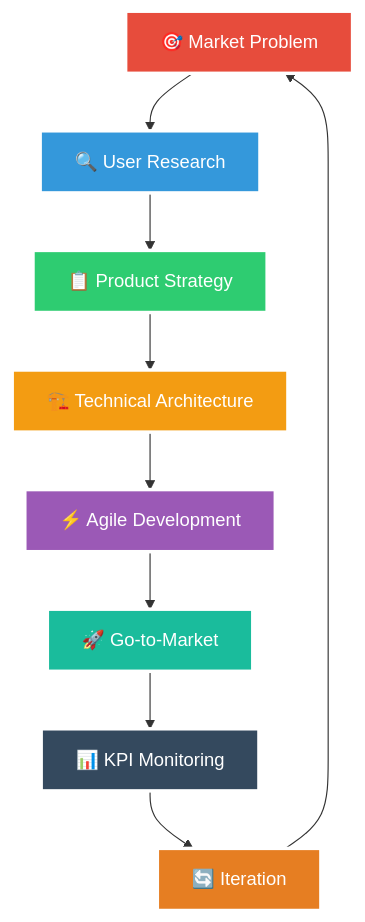
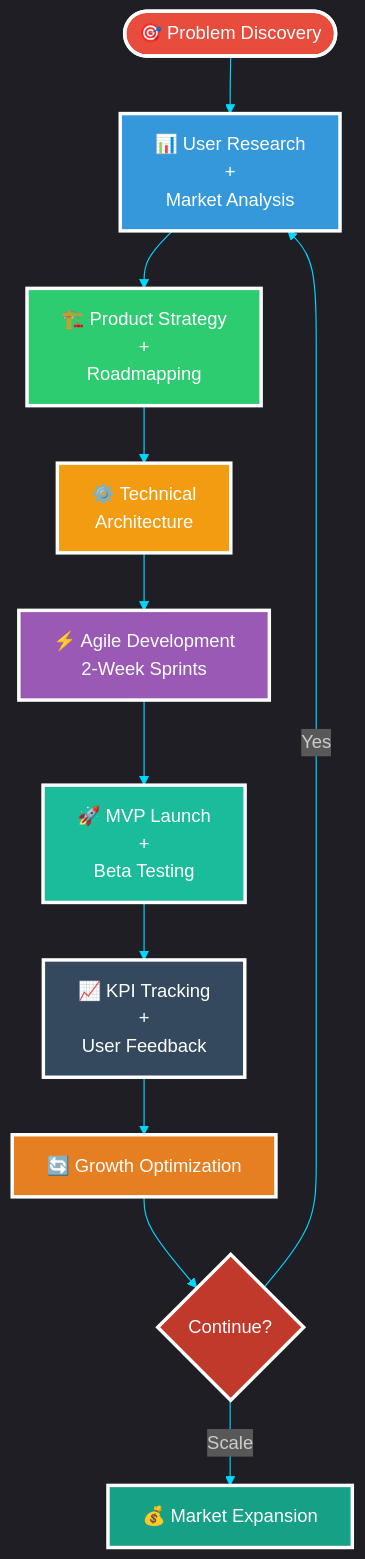
One commit to VIKAS9793/VIKAS9793 changed the sixth of 11 diagrams in README.md. Above: the diagram before and after it, drawn with Mermaid. The commit also changed other lines of this file, not shown here.

````diff
--- a/README.md
+++ b/README.md
@@ -238,20 +406,25 @@
 ```mermaid
-graph TD
-    A[🎯 Market Problem] --> B[🔍 User Research]
-    B --> C[📋 Product Strategy]
-    C --> D[🏗️ Technical Architecture]
-    D --> E[⚡ Agile Development]
-    E --> F[🚀 Go-to-Market]
-    F --> G[📊 KPI Monitoring]
-    G --> H[🔄 Iteration]
-    H --> A
+%%{init: {'theme':'dark', 'themeVariables': {'primaryColor':'#2ecc71','secondaryColor':'#3498db','tertiaryColor':'#e74c3c','primaryTextColor':'#fff','secondaryTextColor':'#fff','tertiaryTextColor':'#fff','lineColor':'#00D9FF','fontSize':'16px'}}}%%
+flowchart TB
+    Start([🎯 Problem Discovery]) --> Research[📊 User Research<br/>+<br/>Market Analysis]
+    Research --> Strategy[🏗️ Product Strategy<br/>+<br/>Roadmapping]
+    Strategy --> Tech[⚙️ Technical<br/>Architecture]
+    Tech --> Sprint[⚡ Agile Development<br/>2-Week Sprints]
+    Sprint --> MVP[🚀 MVP Launch<br/>+<br/>Beta Testing]
+    MVP --> Metrics[📈 KPI Tracking<br/>+<br/>User Feedback]
+    Metrics --> Optimize[🔄 Growth Optimization]
+    Optimize --> Iterate{Continue?}
+    Iterate -->|Yes| Research
+    Iterate -->|Scale| Scale[💰 Market Expansion]
     
-    style A fill:#e74c3c,stroke:#fff,stroke-width:3px,color:#fff
-    style B fill:#3498db,stroke:#fff,stroke-width:3px,color:#fff
-    style C fill:#2ecc71,stroke:#fff,stroke-width:3px,color:#fff
-    style D fill:#f39c12,stroke:#fff,stroke-width:3px,color:#fff
-    style E fill:#9b59b6,stroke:#fff,stroke-width:3px,color:#fff
-    style F fill:#1abc9c,stroke:#fff,stroke-width:3px,color:#fff
-    style G fill:#34495e,stroke:#fff,stroke-width:3px,color:#fff
-    style H fill:#e67e22,stroke:#fff,stroke-width:3px,color:#fff
+    style Start fill:#e74c3c,stroke:#fff,stroke-width:3px,color:#fff
+    style Research fill:#3498db,stroke:#fff,stroke-width:3px,color:#fff
+    style Strategy fill:#2ecc71,stroke:#fff,stroke-width:3px,color:#fff
+    style Tech fill:#f39c12,stroke:#fff,stroke-width:3px,color:#fff
+    style Sprint fill:#9b59b6,stroke:#fff,stroke-width:3px,color:#fff
+    style MVP fill:#1abc9c,stroke:#fff,stroke-width:3px,color:#fff
+    style Metrics fill:#34495e,stroke:#fff,stroke-width:3px,color:#fff
+    style Optimize fill:#e67e22,stroke:#fff,stroke-width:3px,color:#fff
+    style Iterate fill:#c0392b,stroke:#fff,stroke-width:3px,color:#fff
+    style Scale fill:#16a085,stroke:#fff,stroke-width:3px,color:#fff
 ```
````
